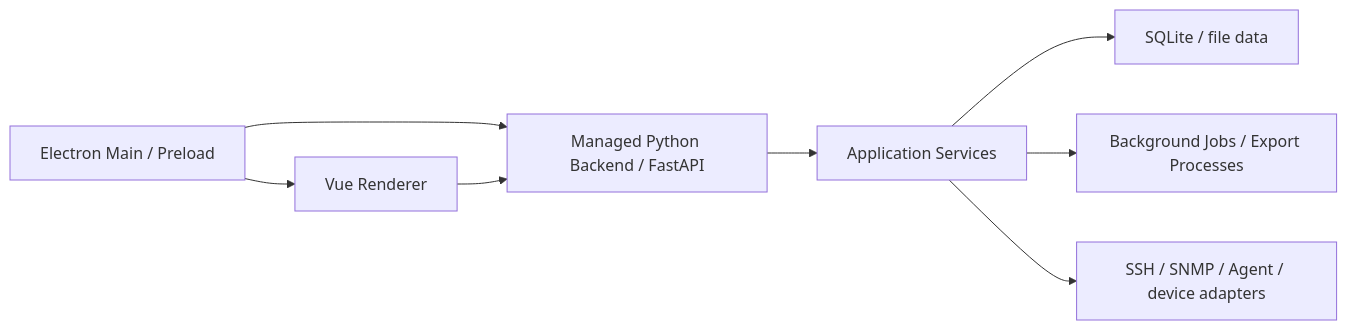
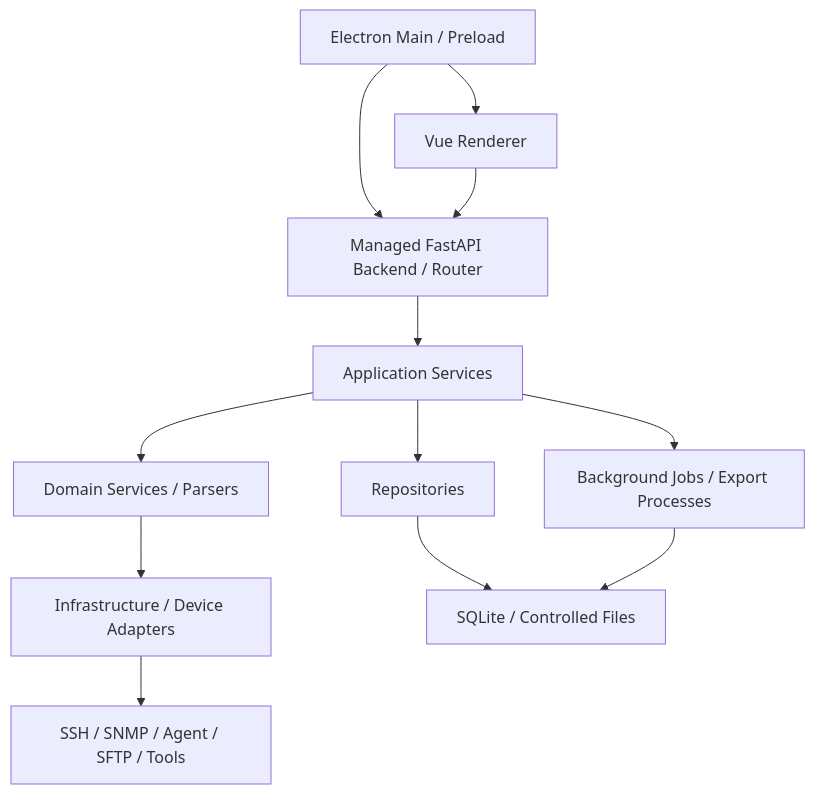
One commit to wxj183589/NetConsole changed the diagram in README_EN.md. Above: the diagram before and after it, drawn with Mermaid. The commit also changed other lines of this file and 3 other files, not shown here.

````diff
--- a/README_EN.md
+++ b/README_EN.md
@@ -76,10 +76,14 @@
 ```mermaid
-flowchart LR
+flowchart TB
     E["Electron Main / Preload"] --> V["Vue Renderer"]
-    E --> B["Managed Python Backend / FastAPI"]
+    E --> B["Managed FastAPI Backend / Router"]
     V --> B
-    B --> S["Application Services"]
-    S --> R["SQLite / file data"]
-    S --> J["Background Jobs / Export Processes"]
-    S --> D["SSH / SNMP / Agent / device adapters"]
+    B --> A["Application Services"]
+    A --> D["Domain Services / Parsers"]
+    A --> P["Repositories"]
+    A --> J["Background Jobs / Export Processes"]
+    D --> I["Infrastructure / Device Adapters"]
+    P --> S["SQLite / Controlled Files"]
+    J --> S
+    I --> X["SSH / SNMP / Agent / SFTP / Tools"]
 ```
````
